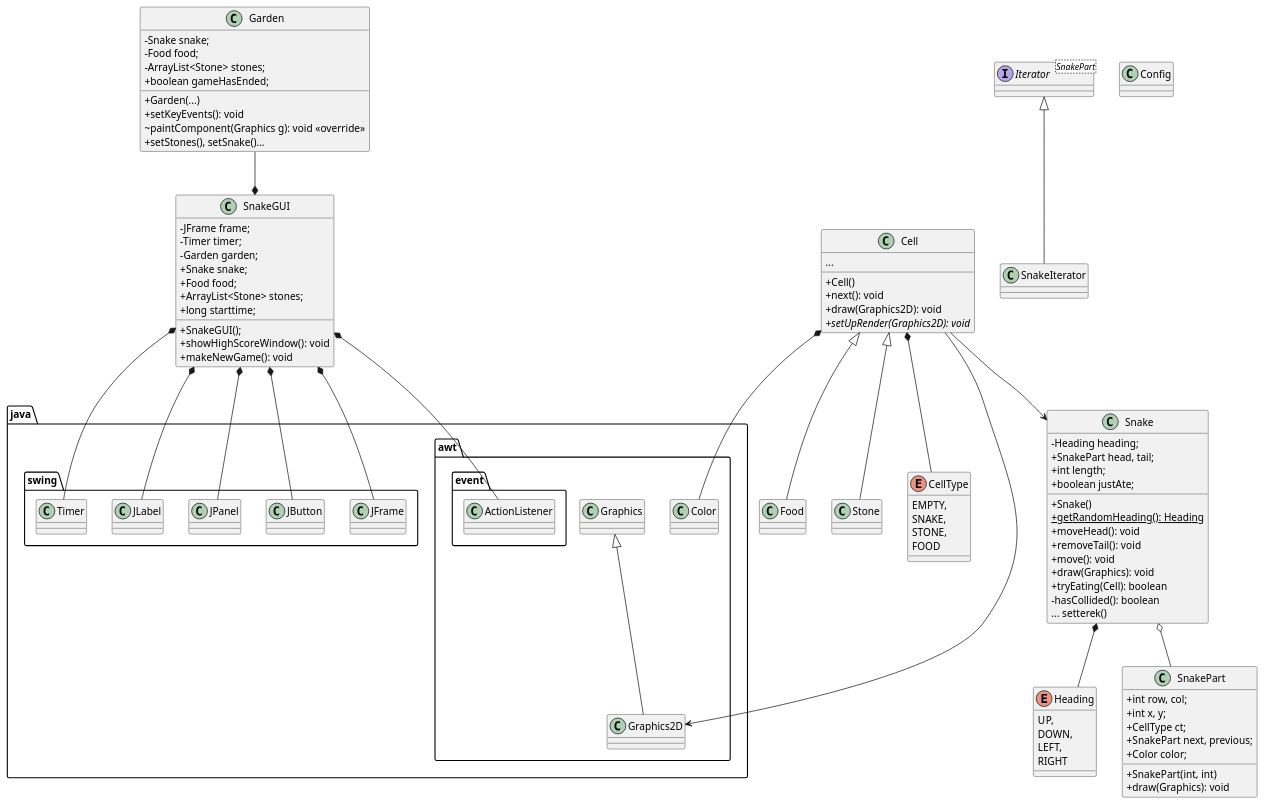
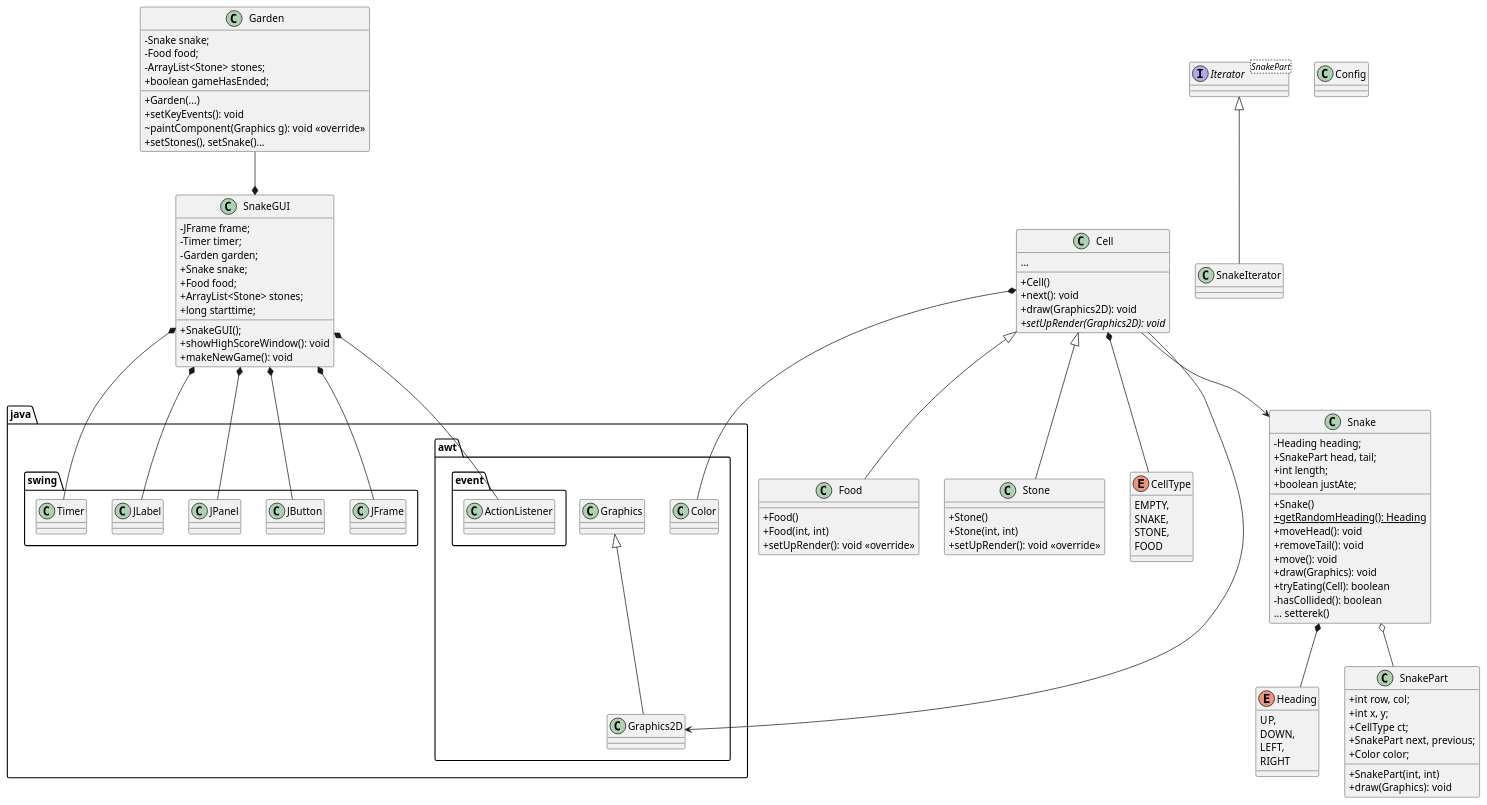
One commit to baloghd/SnakeV2 changed the diagram in uml.puml. Above: the diagram before and after it, drawn with PlantUML. The commit also changed 3 other files, not shown here.

```diff
--- a/uml.puml
+++ b/uml.puml
@@ -1,130 +1,143 @@
 @startuml
 'https://plantuml.com/class-diagram
 skinparam classAttributeIconSize 0
 
 class java.swing.JFrame
 class java.swing.JButton
 class java.swing.JPanel
 class java.swing.JLabel
 class java.swing.Timer
 class java.awt.Graphics
 class java.awt.Graphics2D
 
 java.awt.Graphics <|-- java.awt.Graphics2D
 
 class java.awt.event.ActionListener
 class java.awt.Color
 
 class SnakeGUI
 
 SnakeGUI *-up- java.awt.event.ActionListener
 SnakeGUI *-up- Garden
 SnakeGUI *-down- java.swing.JFrame
 SnakeGUI *-- java.swing.JPanel
 SnakeGUI *-- java.swing.JButton
 SnakeGUI *-- java.swing.JLabel
 SnakeGUI *-- java.swing.Timer
 
 class Garden
 
 class Snake
 class SnakePart
 Snake o-- SnakePart
 Snake *-- Heading
 
 class Cell
 class Food
 class Stone
 
 interface Iterator<SnakePart> {
 }
 
 Iterator <|-- SnakeIterator
 
 Cell <|-- Food
 Cell <|-- Stone
 
 Cell *-- CellType
 Cell *-- java.awt.Color
+
+
+class Food {
+    + Food()
+    + Food(int, int)
+    + setUpRender(): void <<override>>
+}
+
+class Stone {
+    + Stone()
+    + Stone(int, int)
+    + setUpRender(): void <<override>>
+}
 
 
 enum CellType {
     EMPTY,
     SNAKE,
     STONE,
     FOOD
 }
 
 enum Heading {
     UP,
     DOWN,
     LEFT,
     RIGHT
 }
 
 class SnakeGUI {
     - JFrame frame;
     - Timer timer;
     - Garden garden;
     + Snake snake;
     + Food food;
     + ArrayList<Stone> stones;
     + long starttime;
     + SnakeGUI();
     + showHighScoreWindow(): void
     + makeNewGame(): void
 }
 
 class SnakePart {
     + int row, col;
     + int x, y;
     + CellType ct;
     + SnakePart next, previous;
     + Color color;
     + SnakePart(int, int)
     + draw(Graphics): void
 }
 
 class Config {
 }
 
 class Garden {
      - Snake snake;
      - Food food;
      - ArrayList<Stone> stones;
      + boolean gameHasEnded;
      + Garden(...)
      + setKeyEvents(): void
      ~ paintComponent(Graphics g): void <<override>>
      + setStones(), setSnake()...
 }
 
 class Cell {
     ...
     + Cell()
     + next(): void
     + draw(Graphics2D): void
     + {abstract} setUpRender(Graphics2D): void
 }
 
 Cell --> java.awt.Graphics2D
 
 class Snake {
     - Heading heading;
     + SnakePart head, tail;
     + int length;
     + boolean justAte;
     + Snake()
     + {static} getRandomHeading(): Heading
     + moveHead(): void
     + removeTail(): void
     + move(): void
     + draw(Graphics): void
     + tryEating(Cell): boolean
     - hasCollided(): boolean
     ... setterek()
 }
 
 Cell --> Snake
 
 @enduml
```
